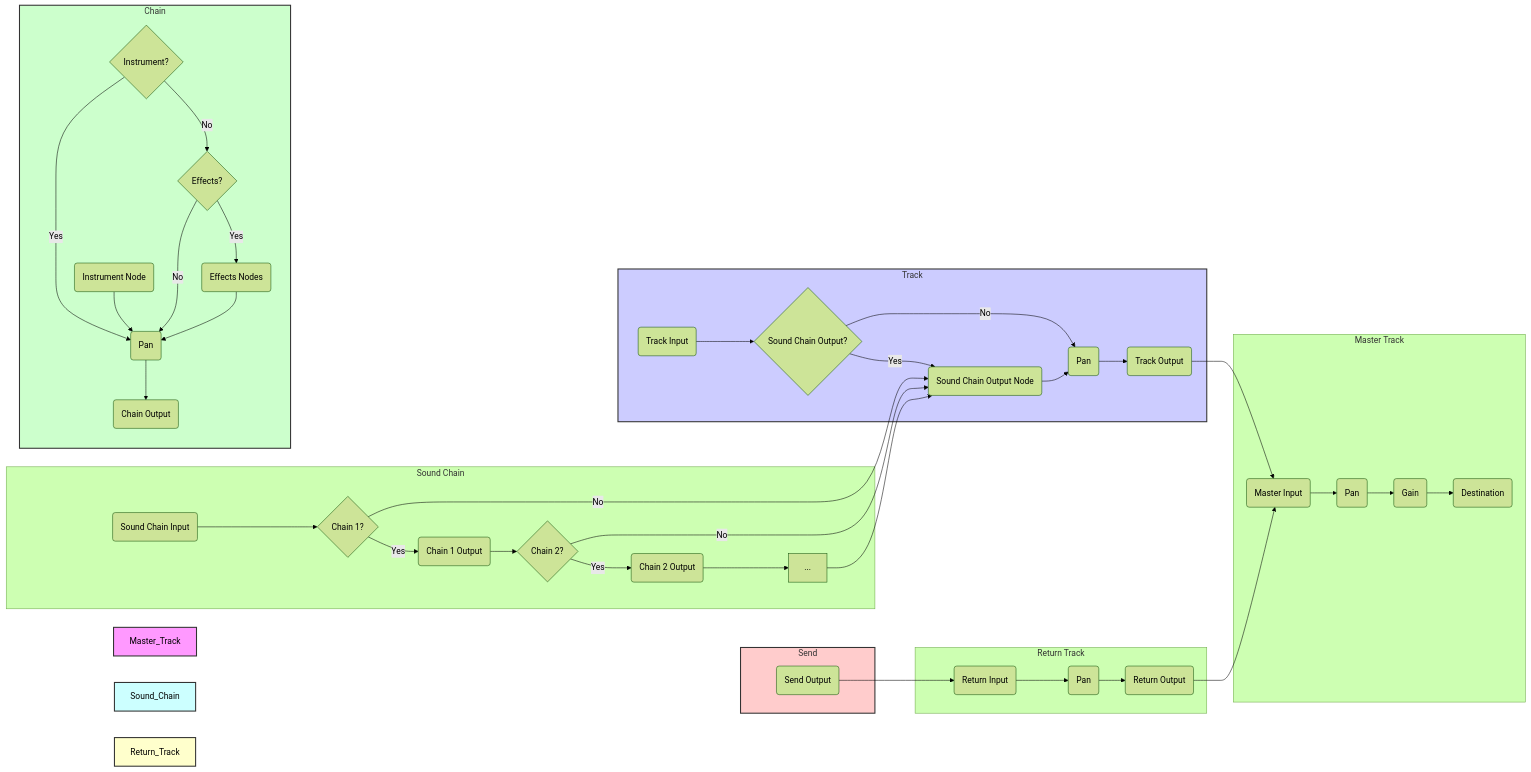
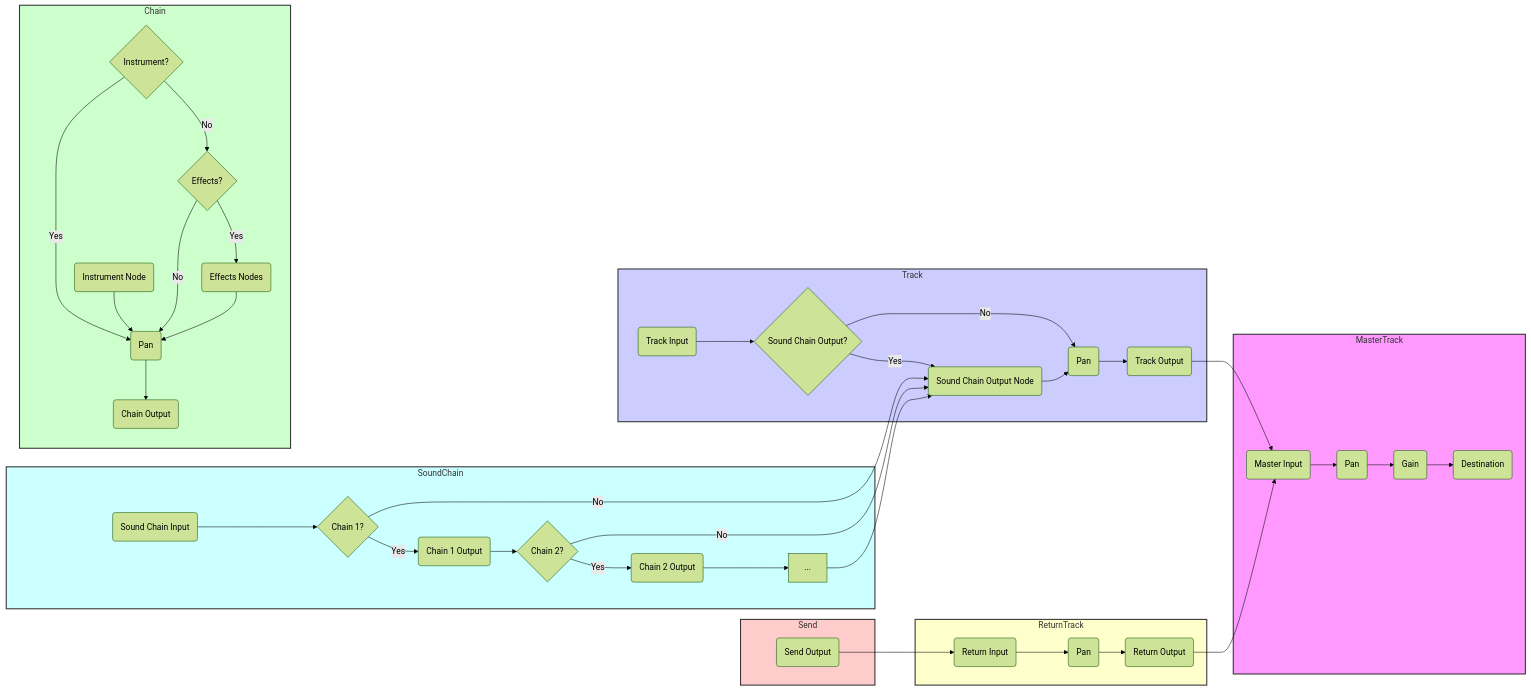
The first of 5 diagrams in README.md (yannmazita/daw.ts), drawn with Mermaid (forest theme) before and after one commit.

````diff
--- a/README.md
+++ b/README.md
@@ -42,57 +42,57 @@
 ```mermaid
 graph LR
-    subgraph Master Track
+    subgraph MasterTrack
         MT_Input(Master Input) --> MT_Pan(Pan)
         MT_Pan --> MT_Gain(Gain)
         MT_Gain --> MT_Output(Destination)
     end
 
     subgraph Track
         Track_Input(Track Input) --> SoundChainOutput{Sound Chain Output?}
         SoundChainOutput -- Yes --> SC_Output(Sound Chain Output Node)
         SoundChainOutput -- No --> Track_Pan
         SC_Output --> Track_Pan(Pan)
         Track_Pan --> Track_Output(Track Output)
     end
 
-    subgraph Sound Chain
+    subgraph SoundChain
         SC_Input(Sound Chain Input) --> Chain1{Chain 1?}
         Chain1 -- Yes --> Chain1_Output(Chain 1 Output)
         Chain1 -- No --> SC_Output
         Chain1_Output --> Chain2{Chain 2?}
          Chain2 -- Yes --> Chain2_Output(Chain 2 Output)
         Chain2 -- No --> SC_Output
         Chain2_Output --> ...
         ... --> SC_Output(Sound Chain Output Node)
     end
 
     subgraph Chain
         Chain_Instrument{Instrument?} -- Yes --> Chain_Pan
         Chain_Instrument -- No --> Chain_Effects{Effects?}
         Chain_InstrumentNode(Instrument Node) --> Chain_Pan(Pan)
         Chain_Effects -- Yes --> Chain_EffectsNodes(Effects Nodes)
         Chain_Effects -- No --> Chain_Pan
         Chain_EffectsNodes --> Chain_Pan
         Chain_Pan --> Chain_Output(Chain Output)
     end
 
-    subgraph Return Track
+    subgraph ReturnTrack
         RT_Input(Return Input) --> RT_Pan(Pan)
         RT_Pan --> RT_Output(Return Output)
     end
 
     subgraph Send
         Send_Output(Send Output)
     end
 
     Track_Output --> MT_Input
     RT_Output --> MT_Input
     Send_Output --> RT_Input
 
-    style Master_Track fill:#f9f,stroke:#333,stroke-width:2px
+    style MasterTrack fill:#f9f,stroke:#333,stroke-width:2px
     style Track fill:#ccf,stroke:#333,stroke-width:2px
-    style Sound_Chain fill:#cff,stroke:#333,stroke-width:2px
+    style SoundChain fill:#cff,stroke:#333,stroke-width:2px
     style Chain fill:#cfc,stroke:#333,stroke-width:2px
-    style Return_Track fill:#ffc,stroke:#333,stroke-width:2px
+    style ReturnTrack fill:#ffc,stroke:#333,stroke-width:2px
     style Send fill:#fcc,stroke:#333,stroke-width:2px
 ```
````
